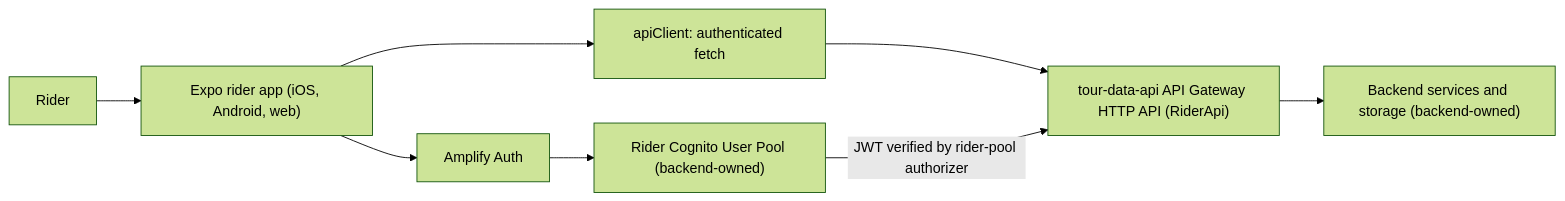
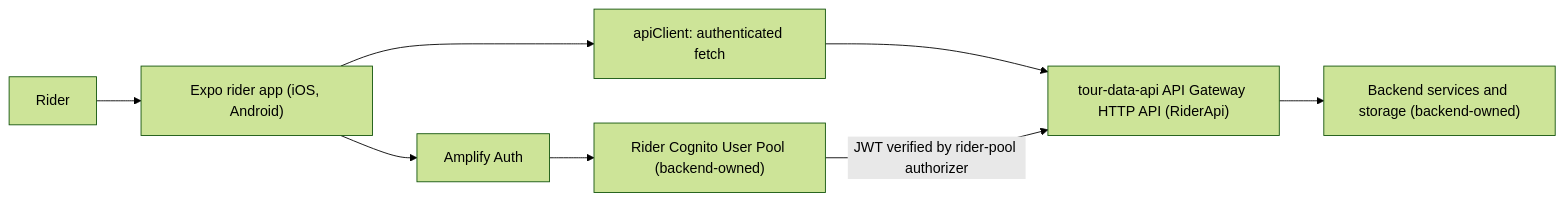
One commit to kvijay77-in/tour-rider-app changed the first of 2 diagrams in docs/design/architecture.md. Above: the diagram before and after it, drawn with Mermaid (forest theme). The commit also changed other lines of this file and 52 other files, not shown here.

````diff
--- a/docs/design/architecture.md
+++ b/docs/design/architecture.md
@@ -7,10 +7,10 @@
 ```mermaid
 flowchart LR
-    Rider --> Expo["Expo rider app (iOS, Android, web)"]
+    Rider --> Expo["Expo rider app (iOS, Android)"]
     Expo --> Auth["Amplify Auth"]
     Auth --> Pool["Rider Cognito User Pool (backend-owned)"]
     Expo --> Client["apiClient: authenticated fetch"]
     Client --> Gateway["tour-data-api API Gateway HTTP API (RiderApi)"]
     Pool -- "JWT verified by rider-pool authorizer" --> Gateway
     Gateway --> Backend["Backend services and storage (backend-owned)"]
 ```
````
